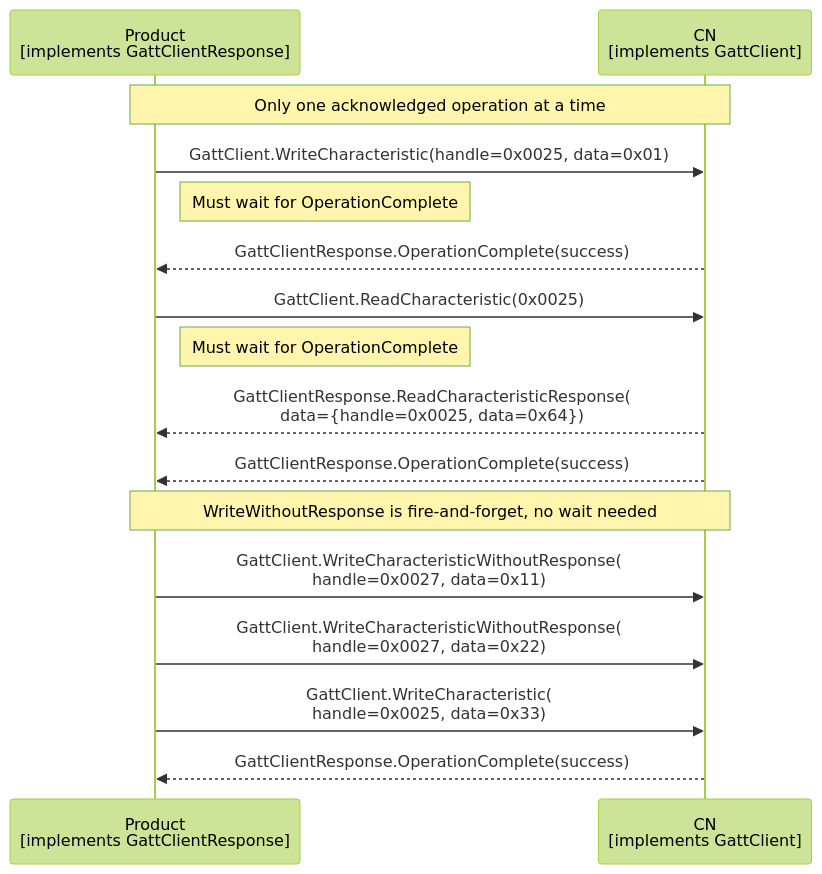
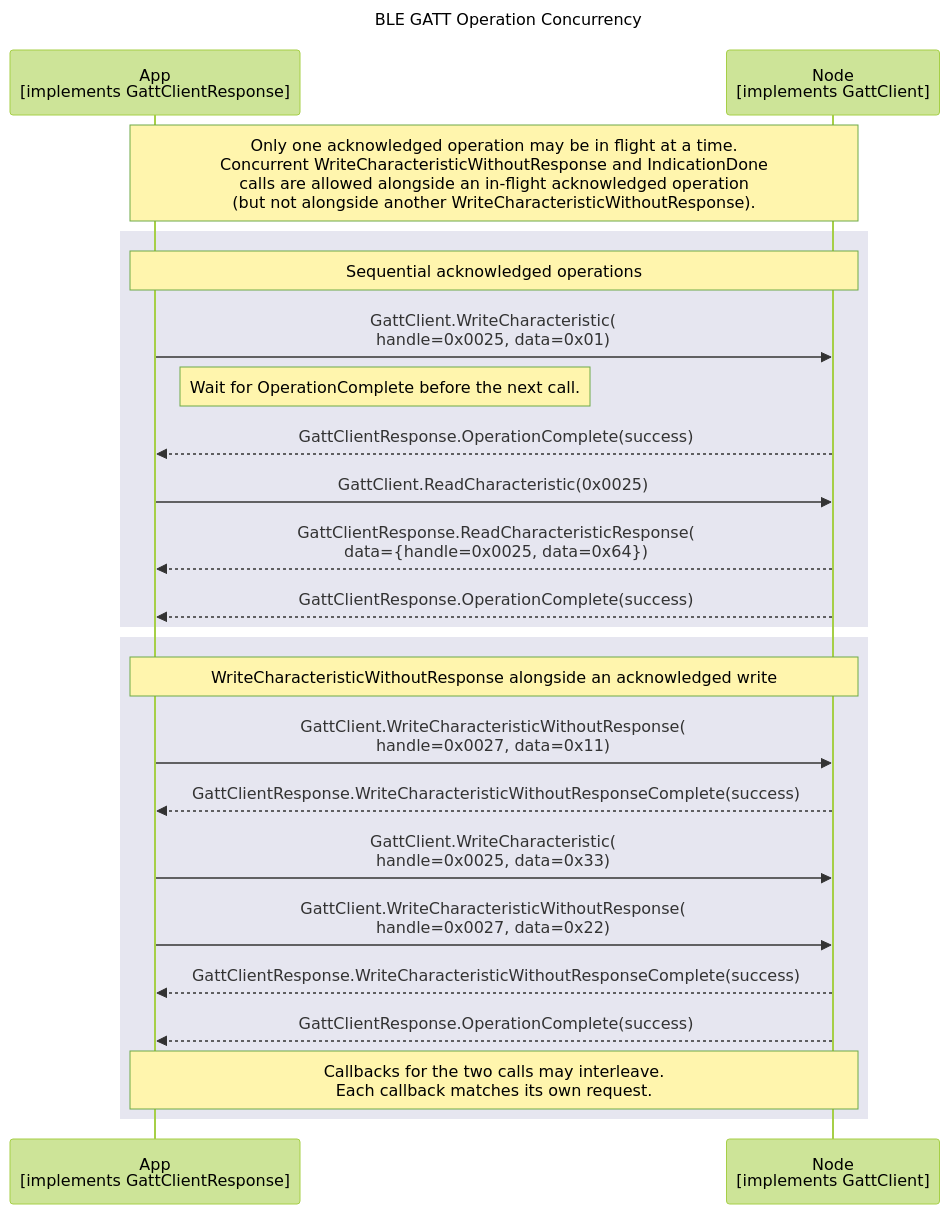
The diagram in documents/modules/ROOT/partials/echoservices/gatt_client/GattClient_OperationConcurrency_sequence.mmd (philips-software/amp-embedded-infra-lib), drawn with Mermaid (forest theme) before and after one commit. The commit also changed 25 other files, not shown here.

Commit message:
align maturity with gap uml diagrams

```diff
--- a/documents/modules/ROOT/partials/echoservices/gatt_client/GattClient_OperationConcurrency_sequence.mmd
+++ b/documents/modules/ROOT/partials/echoservices/gatt_client/GattClient_OperationConcurrency_sequence.mmd
@@ -1,21 +1,30 @@
 sequenceDiagram
-    participant Product as Product<br>[implements GattClientResponse]
-    participant CN as CN<br>[implements GattClient]
+    title BLE GATT Operation Concurrency
 
-    Note over Product, CN: Only one acknowledged operation at a time
+    participant App as App<br>[implements GattClientResponse]
+    participant Node as Node<br>[implements GattClient]
 
-    Product->>CN: GattClient.WriteCharacteristic(handle=0x0025, data=0x01)
-    Note right of Product: Must wait for OperationComplete
-    CN-->>Product: GattClientResponse.OperationComplete(success)
+    Note over App, Node: Only one acknowledged operation may be in flight at a time.<br>Concurrent WriteCharacteristicWithoutResponse and IndicationDone<br>calls are allowed alongside an in-flight acknowledged operation<br>(but not alongside another WriteCharacteristicWithoutResponse).
 
-    Product->>CN: GattClient.ReadCharacteristic(0x0025)
-    Note right of Product: Must wait for OperationComplete
-    CN-->>Product: GattClientResponse.ReadCharacteristicResponse(<br>data={handle=0x0025, data=0x64})
-    CN-->>Product: GattClientResponse.OperationComplete(success)
+    rect rgb(230, 230, 240)
+        note over App, Node: Sequential acknowledged operations
+        App->>Node: GattClient.WriteCharacteristic(<br>handle=0x0025, data=0x01)
+        Note right of App: Wait for OperationComplete before the next call.
+        Node-->>App: GattClientResponse.OperationComplete(success)
 
-    Note over Product, CN: WriteWithoutResponse is fire-and-forget, no wait needed
+        App->>Node: GattClient.ReadCharacteristic(0x0025)
+        Node-->>App: GattClientResponse.ReadCharacteristicResponse(<br>data={handle=0x0025, data=0x64})
+        Node-->>App: GattClientResponse.OperationComplete(success)
+    end
 
-    Product->>CN: GattClient.WriteCharacteristicWithoutResponse(<br>handle=0x0027, data=0x11)
-    Product->>CN: GattClient.WriteCharacteristicWithoutResponse(<br>handle=0x0027, data=0x22)
-    Product->>CN: GattClient.WriteCharacteristic(<br>handle=0x0025, data=0x33)
-    CN-->>Product: GattClientResponse.OperationComplete(success)
+    rect rgb(230, 230, 240)
+        note over App, Node: WriteCharacteristicWithoutResponse alongside an acknowledged write
+        App->>Node: GattClient.WriteCharacteristicWithoutResponse(<br>handle=0x0027, data=0x11)
+        Node-->>App: GattClientResponse.WriteCharacteristicWithoutResponseComplete(success)
+
+        App->>Node: GattClient.WriteCharacteristic(<br>handle=0x0025, data=0x33)
+        App->>Node: GattClient.WriteCharacteristicWithoutResponse(<br>handle=0x0027, data=0x22)
+        Node-->>App: GattClientResponse.WriteCharacteristicWithoutResponseComplete(success)
+        Node-->>App: GattClientResponse.OperationComplete(success)
+        Note over App, Node: Callbacks for the two calls may interleave.<br>Each callback matches its own request.
+    end
```
